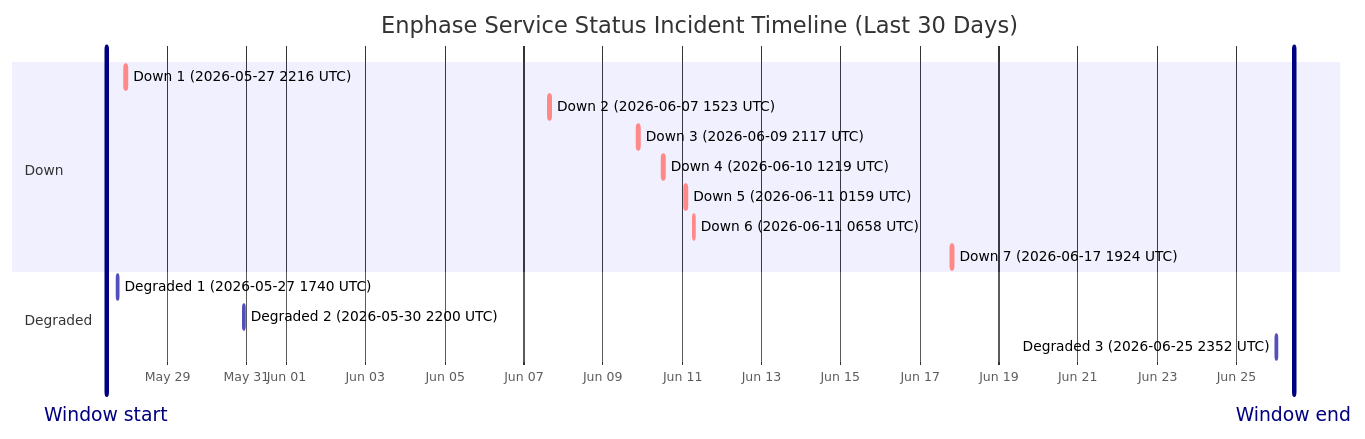
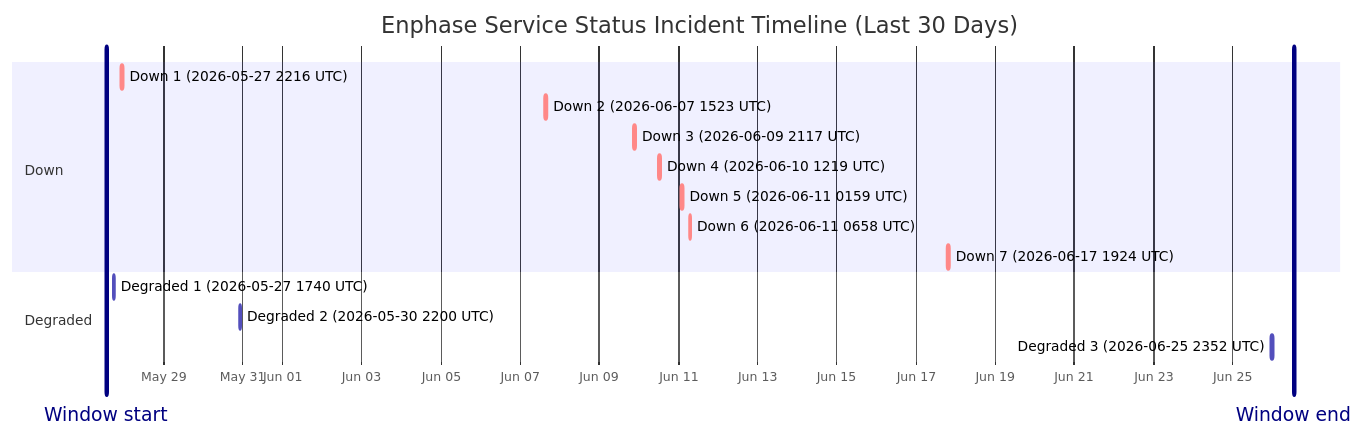
One commit to barneyonline/ha-enphase-energy changed the diagram in wiki/Service-Status-History.md. Above: the diagram before and after it, drawn with Mermaid. The commit also changed other lines of this file and 3 other files, not shown here.

````diff
--- a/wiki/Service-Status-History.md
+++ b/wiki/Service-Status-History.md
@@ -14,20 +14,20 @@
 ```mermaid
 gantt
     title Enphase Service Status Incident Timeline (Last 30 Days)
     dateFormat  YYYY-MM-DDTHH:mm:ss
     axisFormat  %b %d
-    Window start :vert, window-start, 2026-05-27T10:49:51, 0ms
-    Window end :vert, window-end, 2026-06-26T10:49:51, 0ms
+    Window start :vert, window-start, 2026-05-27T13:09:52, 0ms
+    Window end :vert, window-end, 2026-06-26T13:09:52, 0ms
     section Down
     Down 1 (2026-05-27 2216 UTC) :crit, down-1, 2026-05-27T22:16:53, 87m
     Down 2 (2026-06-07 1523 UTC) :crit, down-2, 2026-06-07T15:23:22, 87m
     Down 3 (2026-06-09 2117 UTC) :crit, down-3, 2026-06-09T21:17:17, 60m
     Down 4 (2026-06-10 1219 UTC) :crit, down-4, 2026-06-10T12:19:21, 60m
     Down 5 (2026-06-11 0159 UTC) :crit, down-5, 2026-06-11T01:59:36, 60m
     Down 6 (2026-06-11 0658 UTC) :crit, down-6, 2026-06-11T06:58:45, 60m
     Down 7 (2026-06-17 1924 UTC) :crit, down-7, 2026-06-17T19:24:51, 60m
     section Degraded
     Degraded 1 (2026-05-27 1740 UTC) :active, degraded-1, 2026-05-27T17:40:52, 60m
     Degraded 2 (2026-05-30 2200 UTC) :active, degraded-2, 2026-05-30T22:00:37, 60m
     Degraded 3 (2026-06-25 2352 UTC) :active, degraded-3, 2026-06-25T23:52:01, 60m
 ```
````
